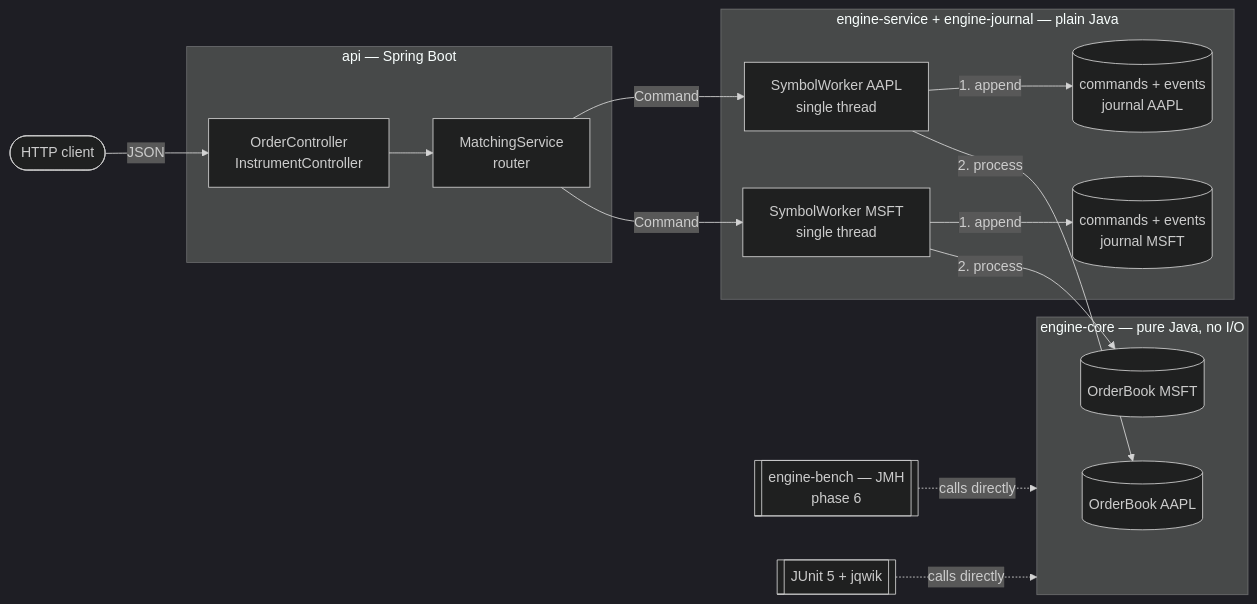
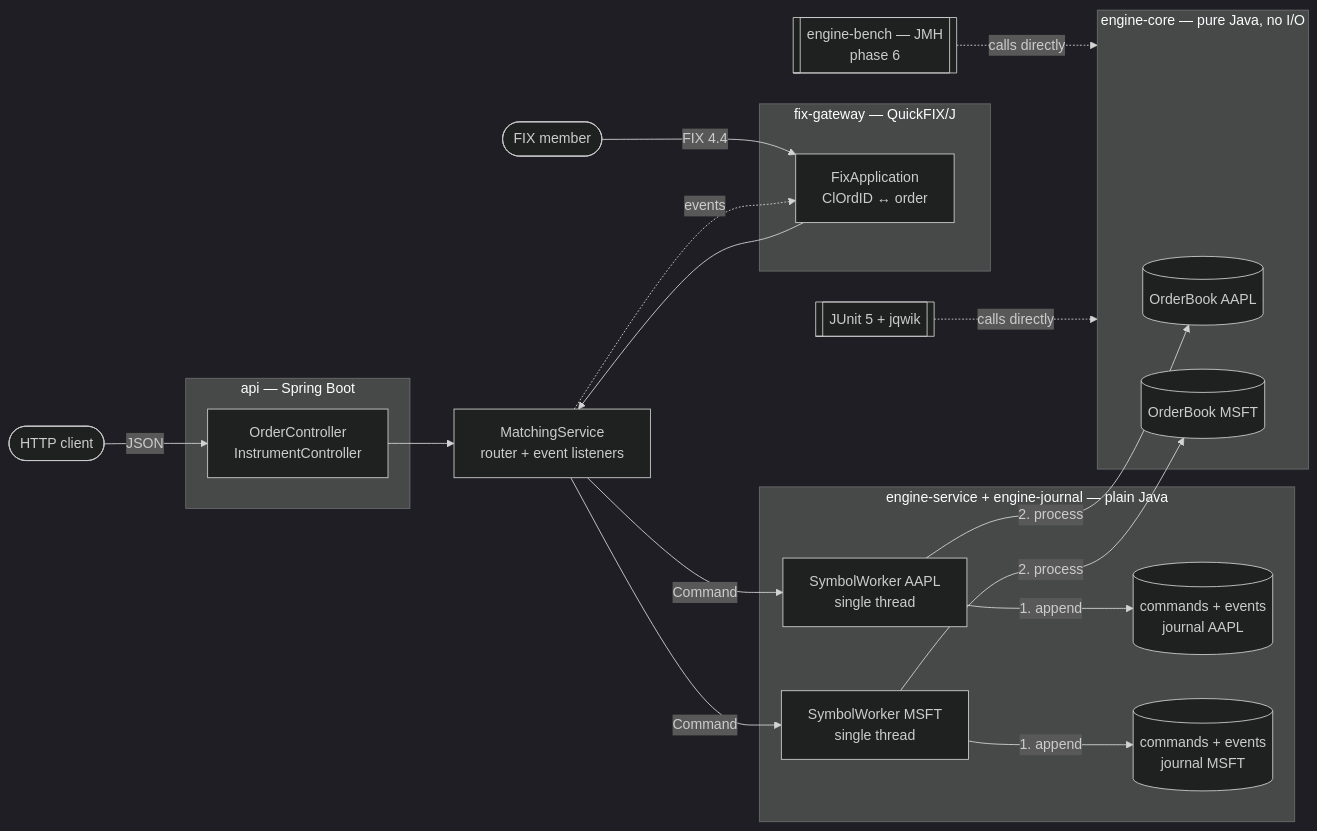
One commit to Ahmed-Berrada/Order_Book changed the first of 4 diagrams in README.md. Above: the diagram before and after it, drawn with Mermaid (dark theme). The commit also changed other lines of this file and 2 other files, not shown here.

First line of the commit message:
docs: README, roadmap and CI for phase 3c

````diff
--- a/README.md
+++ b/README.md
@@ -40,34 +41,42 @@
 ```mermaid
 flowchart LR
     client([HTTP client])
+    member([FIX member])
 
     subgraph api ["api — Spring Boot"]
         ctrl[OrderController<br/>InstrumentController]
-        svc[MatchingService<br/>router]
     end
+
+    subgraph fix ["fix-gateway — QuickFIX/J"]
+        gw[FixApplication<br/>ClOrdID ↔ order]
+    end
+
+    svc[MatchingService<br/>router + event listeners]
 
     subgraph journal ["engine-service + engine-journal — plain Java"]
         w1[SymbolWorker AAPL<br/>single thread]
         w2[SymbolWorker MSFT<br/>single thread]
         j1[(commands + events<br/>journal AAPL)]
         j2[(commands + events<br/>journal MSFT)]
     end
 
     subgraph core ["engine-core — pure Java, no I/O"]
         b1[(OrderBook AAPL)]
         b2[(OrderBook MSFT)]
     end
 
     bench[[engine-bench — JMH<br/>phase 6]]
     tests[[JUnit 5 + jqwik]]
 
     client -->|JSON| ctrl --> svc
+    member -->|FIX 4.4| gw --> svc
+    svc -.->|events| gw
     svc -->|Command| w1
     svc -->|Command| w2
     w1 -->|1. append| j1
     w1 -->|2. process| b1
     w2 -->|1. append| j2
     w2 -->|2. process| b2
     bench -.->|calls directly| core
     tests -.->|calls directly| core
 ```
````
